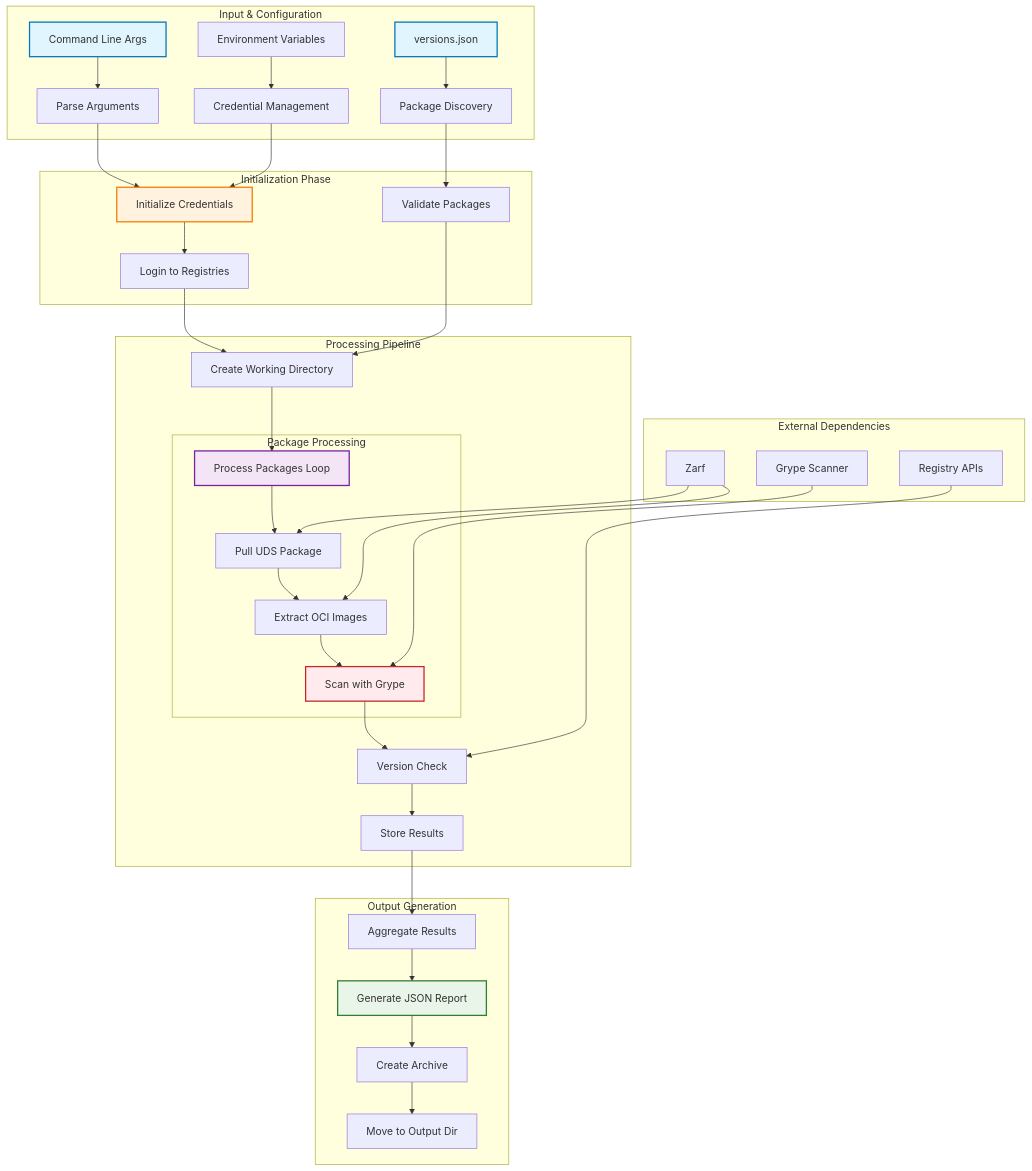
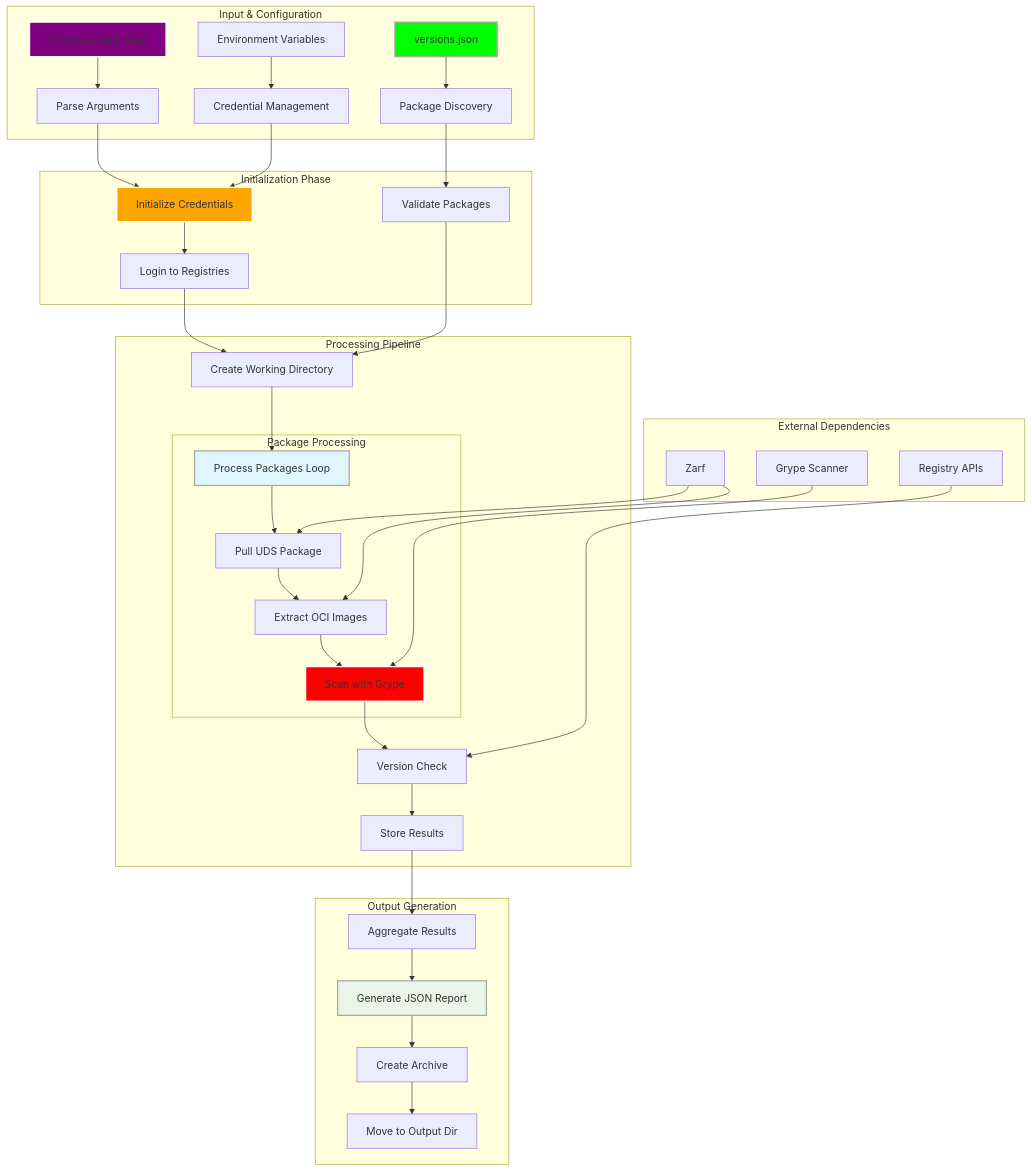
The first of 8 diagrams in docs/UDS_Scanner_Execution_Plan.md (mkm29/uds-utils), drawn with Mermaid before and after one commit.

Commit message:
Update styles in UDS Scanner execution plan diagram for improved clarity

````diff
--- a/docs/UDS_Scanner_Execution_Plan.md
+++ b/docs/UDS_Scanner_Execution_Plan.md
@@ -9,51 +9,51 @@
 ```mermaid
 graph TB
     subgraph "Input & Configuration"
         A[Command Line Args] --> B[Parse Arguments]
         C[versions.json] --> D[Package Discovery]
         E[Environment Variables] --> F[Credential Management]
     end
 
     subgraph "Initialization Phase"
         B --> H[Initialize Credentials]
         F --> H
         H --> I[Login to Registries]
         D --> J[Validate Packages]
     end
 
     subgraph "Processing Pipeline"
         I --> K[Create Working Directory]
         J --> K
         K --> L[Process Packages Loop]
 
         subgraph "Package Processing"
             L --> M[Pull UDS Package]
             M --> N[Extract OCI Images]
             N --> O[Scan with Grype]
         end
 
         O --> P[Version Check]
         P --> Q[Store Results]
     end
 
     subgraph "Output Generation"
         Q --> R[Aggregate Results]
         R --> S[Generate JSON Report]
         S --> T[Create Archive]
         T --> U[Move to Output Dir]
     end
 
     subgraph "External Dependencies"
         V[Zarf] --> M
         V --> N
         W[Grype Scanner] --> O
         X[Registry APIs] --> P
     end
 
-    style A fill:#e1f5fe,stroke:#0277bd,stroke-width:2px
-    style C fill:#e1f5fe,stroke:#0277bd,stroke-width:2px
-    style H fill:#fff3e0,stroke:#f57c00,stroke-width:2px
-    style L fill:#f3e5f5,stroke:#7b1fa2,stroke-width:2px
-    style O fill:#ffebee,stroke:#c62828,stroke-width:2px
-    style S fill:#e8f5e8,stroke:#2e7d32,stroke-width:2px
+    style A fill:#800080,stroke:#ffffff,stroke-width:2px
+    style C fill:#00FF00,stroke:#A9A9A9,stroke-width:2px
+    style H fill:#FFA500,stroke:#ffffff,stroke-width:2px
+    style L fill:#e1f5fe,stroke:#A9A9A9,stroke-width:2px
+    style O fill:#FF0000,stroke:#ffffff,stroke-width:2px
+    style S fill:#e8f5e8,stroke:#A9A9A9,stroke-width:2px
 ```
````
